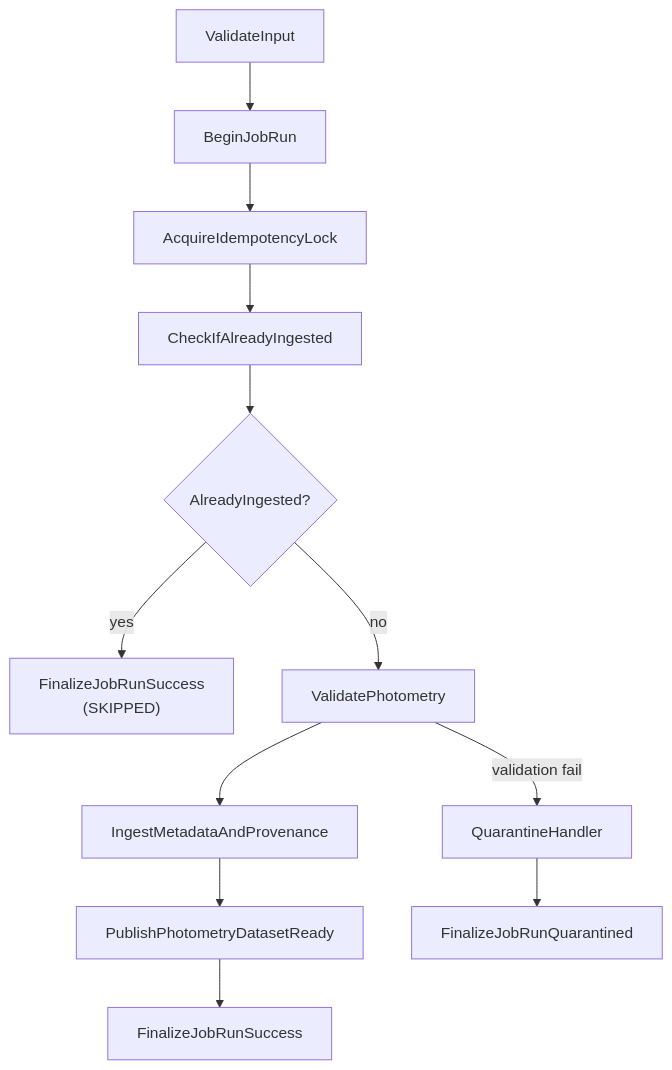
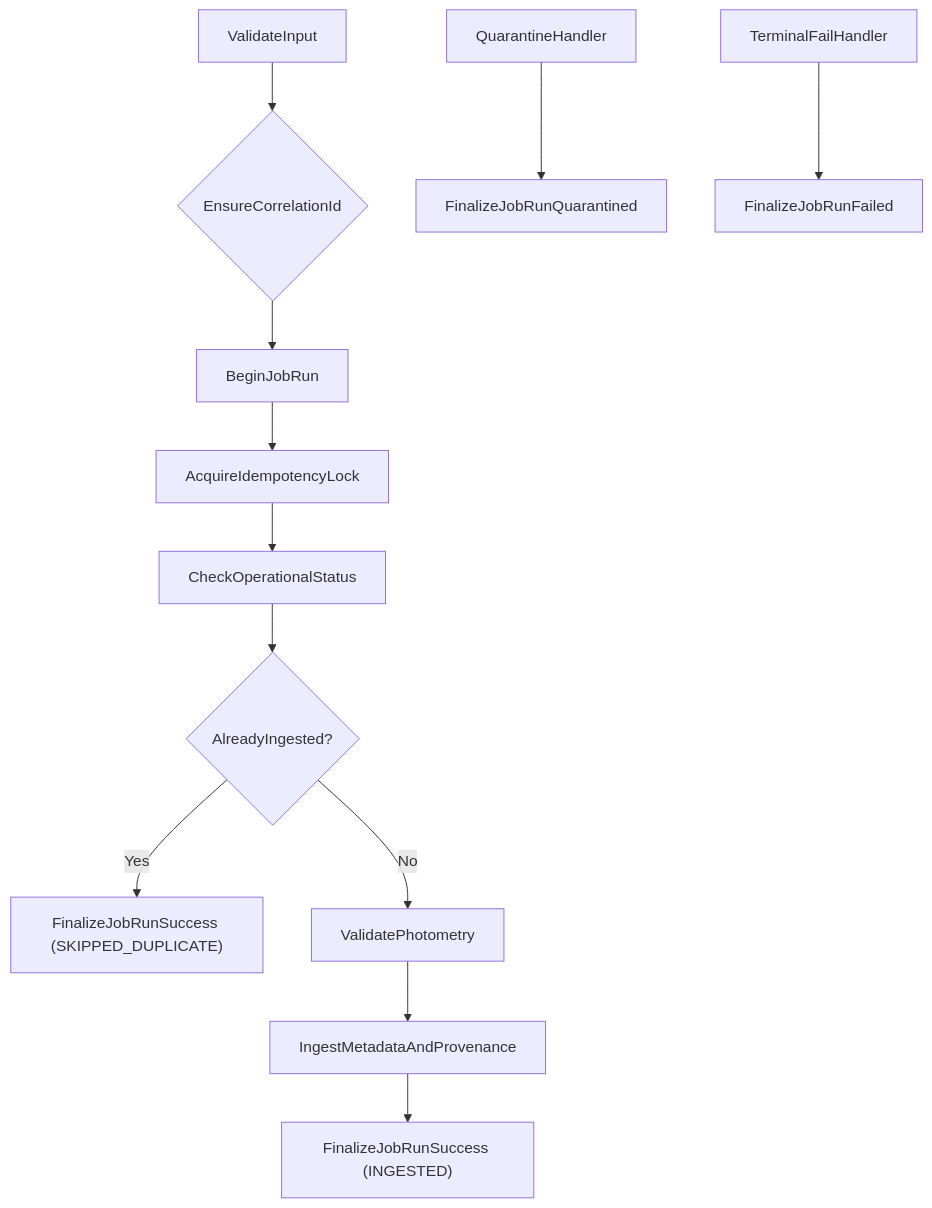
One commit to finzellt/aws_nova_cat changed the diagram in docs/diagrams/workflow-ingest-photometry-dataset.md. Above: the diagram before and after it, drawn with Mermaid. The commit also changed 15 other files, not shown here.

Commit message:
chore(diagrams): regenerate workflow diagrams to reflect updated state machines

````diff
--- a/docs/diagrams/workflow-ingest-photometry-dataset.md
+++ b/docs/diagrams/workflow-ingest-photometry-dataset.md
@@ -1,11 +1,17 @@
 ```mermaid
 flowchart TD
-  A[ValidateInput] --> B[BeginJobRun] --> C[AcquireIdempotencyLock]
-  C --> D[CheckIfAlreadyIngested]
-  D --> E{AlreadyIngested?}
-  E -- yes --> S["FinalizeJobRunSuccess</br>(SKIPPED)"]
-  E -- no --> V[ValidatePhotometry] --> I[IngestMetadataAndProvenance]
-  I --> P[PublishPhotometryDatasetReady] --> F[FinalizeJobRunSuccess]
-  V -->|validation fail| Q[QuarantineHandler] --> QF[FinalizeJobRunQuarantined]
+  A[ValidateInput] --> B{EnsureCorrelationId}
+  B --> C[BeginJobRun]
+  C --> D[AcquireIdempotencyLock]
+  D --> E[CheckOperationalStatus]
+  E --> F{AlreadyIngested?}
+
+  F -- Yes --> G["FinalizeJobRunSuccess (SKIPPED_DUPLICATE)"]
+  F -- No --> H[ValidatePhotometry]
+  H --> I[IngestMetadataAndProvenance]
+  I --> J["FinalizeJobRunSuccess (INGESTED)"]
+
+  Q[QuarantineHandler] --> R[FinalizeJobRunQuarantined]
+  TF[TerminalFailHandler] --> FF[FinalizeJobRunFailed]
 
 ```
````
